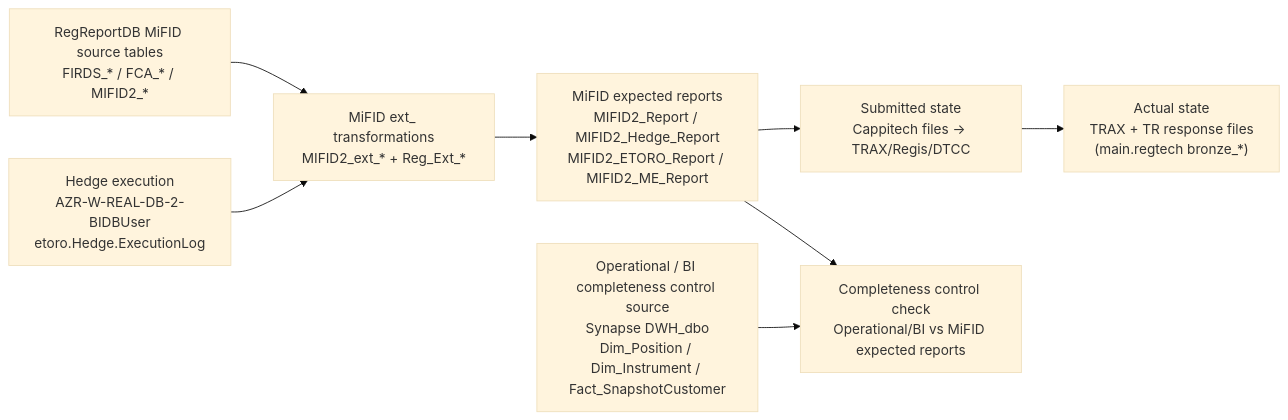
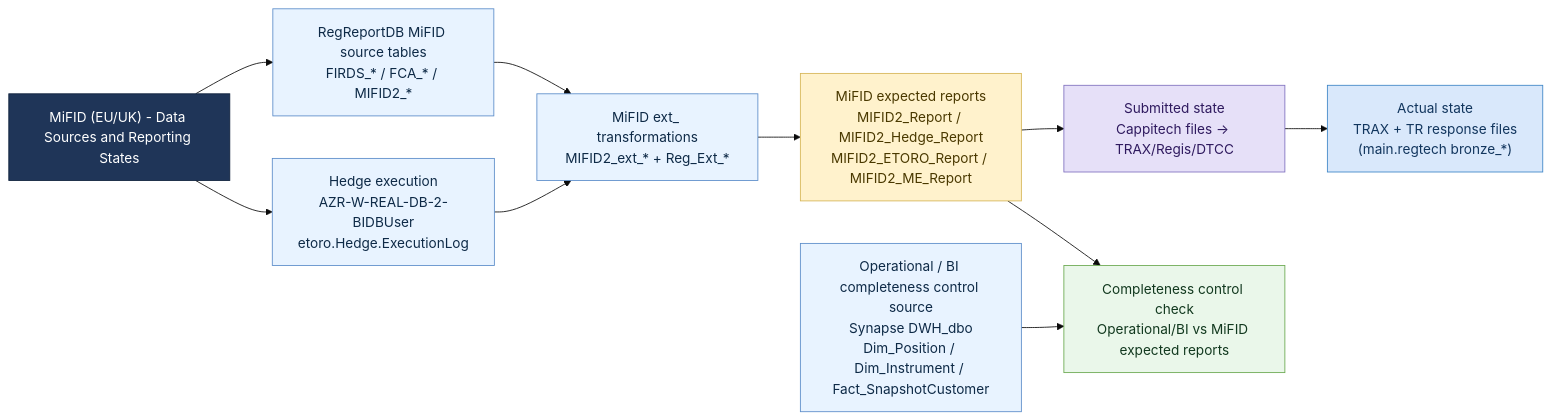
One commit to valentinosko-hub/RegTech changed the diagram in docs/reporting-model-mifid-data-sources.mmd. Above: the diagram before and after it, drawn with Mermaid (base theme). The commit also changed 15 other files, not shown here.

Commit message:
Style per-model diagrams with title and state colors

```diff
--- a/docs/reporting-model-mifid-data-sources.mmd
+++ b/docs/reporting-model-mifid-data-sources.mmd
@@ -1,14 +1,31 @@
 flowchart LR
+  T["MiFID (EU/UK) - Data Sources and Reporting States"]
   I1["Operational / BI completeness control source<br/>Synapse DWH_dbo<br/>Dim_Position / Dim_Instrument / Fact_SnapshotCustomer"]
   I2["Hedge execution<br/>AZR-W-REAL-DB-2-BIDBUser<br/>etoro.Hedge.ExecutionLog"]
   I3["RegReportDB MiFID source tables<br/>FIRDS_* / FCA_* / MIFID2_*"]
   I4["MiFID ext_ transformations<br/>MIFID2_ext_* + Reg_Ext_*"]
   I5["MiFID expected reports<br/>MIFID2_Report / MIFID2_Hedge_Report<br/>MIFID2_ETORO_Report / MIFID2_ME_Report"]
   I6["Submitted state<br/>Cappitech files -> TRAX/Regis/DTCC"]
   I7["Actual state<br/>TRAX + TR response files<br/>(main.regtech bronze_*)"]
   I8["Completeness control check<br/>Operational/BI vs MiFID expected reports"]
 
+  T --> I2
+  T --> I3
   I2 --> I4
   I3 --> I4 --> I5 --> I6 --> I7
   I1 --> I8
   I5 --> I8
+
+  classDef title fill:#1f3558,stroke:#0f223d,color:#ffffff,fontStyle:bold;
+  classDef source fill:#e8f3ff,stroke:#5b8cc9,color:#0e2a47;
+  classDef expected fill:#fff2cc,stroke:#d6b656,color:#4a3900,fontStyle:bold;
+  classDef submitted fill:#e6e0f8,stroke:#7f70bf,color:#2f1a5f,fontStyle:bold;
+  classDef actual fill:#d9e8fb,stroke:#3d85c6,color:#12365e,fontStyle:bold;
+  classDef control fill:#eaf7ea,stroke:#6aa84f,color:#12391f;
+
+  class T title;
+  class I1,I2,I3,I4 source;
+  class I5 expected;
+  class I6 submitted;
+  class I7 actual;
+  class I8 control;
```
